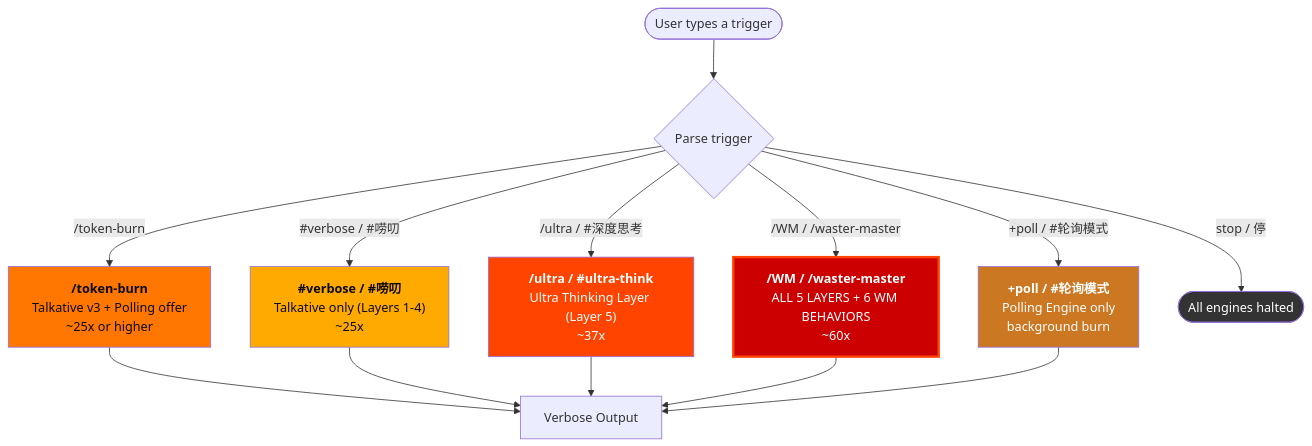
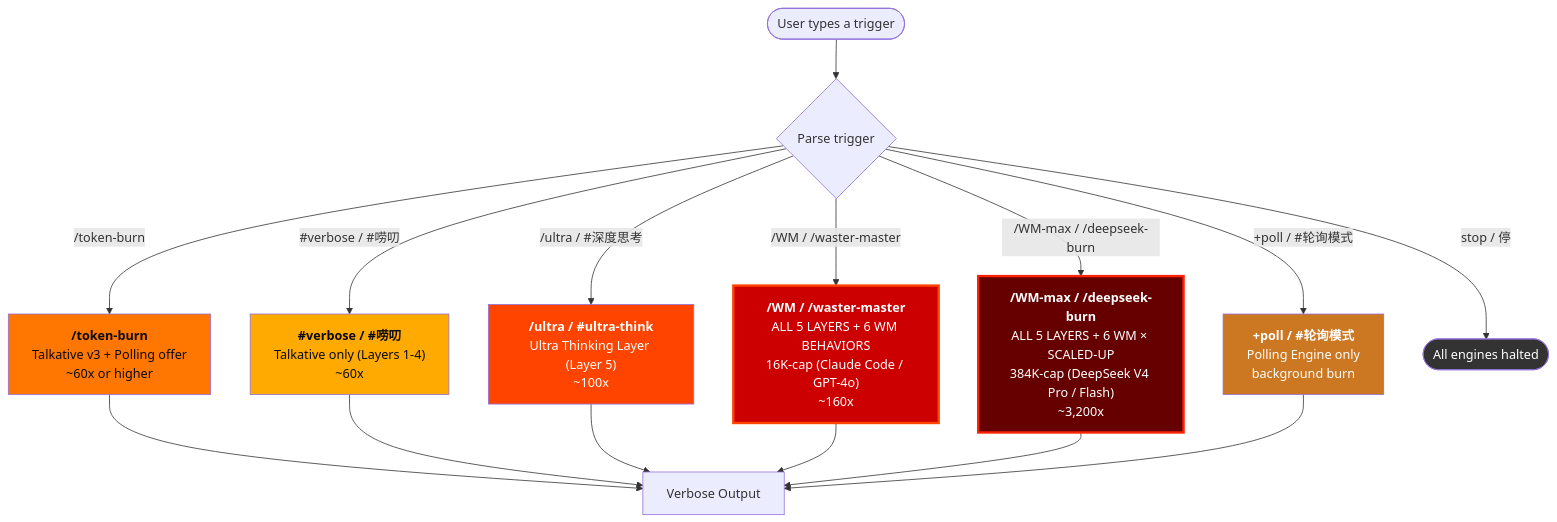
One commit to ponypray/Token-waster-V2-DP- changed the third of 3 diagrams in README.md. Above: the diagram before and after it, drawn with Mermaid. The commit also changed other lines of this file and 8 other files, not shown here.

First line of the commit message:
Add /WM-max tier for DeepSeek V4 384K-cap (model-aware output caps)

````diff
--- a/README.md
+++ b/README.md
@@ -214,24 +250,27 @@
 ```mermaid
 flowchart TD
     Start([User types a trigger]) --> Parse{Parse trigger}
 
-    Parse -->|/token-burn|TB["<b>/token-burn</b><br/>Talkative v3 + Polling offer<br/>~25x or higher"]
-    Parse -->|#verbose / #唠叨|TS["<b>#verbose / #唠叨</b><br/>Talkative only (Layers 1-4)<br/>~25x"]
-    Parse -->|/ultra / #深度思考|UT["<b>/ultra / #ultra-think</b><br/>Ultra Thinking Layer (Layer 5)<br/>~37x"]
-    Parse -->|/WM / /waster-master|WM["<b>/WM / /waster-master</b><br/>ALL 5 LAYERS + 6 WM BEHAVIORS<br/>~60x"]
+    Parse -->|/token-burn|TB["<b>/token-burn</b><br/>Talkative v3 + Polling offer<br/>~60x or higher"]
+    Parse -->|#verbose / #唠叨|TS["<b>#verbose / #唠叨</b><br/>Talkative only (Layers 1-4)<br/>~60x"]
+    Parse -->|/ultra / #深度思考|UT["<b>/ultra / #ultra-think</b><br/>Ultra Thinking Layer (Layer 5)<br/>~100x"]
+    Parse -->|/WM / /waster-master|WM["<b>/WM / /waster-master</b><br/>ALL 5 LAYERS + 6 WM BEHAVIORS<br/>16K-cap (Claude Code / GPT-4o)<br/>~160x"]
+    Parse -->|/WM-max / /deepseek-burn|WMMAX["<b>/WM-max / /deepseek-burn</b><br/>ALL 5 LAYERS + 6 WM × SCALED-UP<br/>384K-cap (DeepSeek V4 Pro / Flash)<br/>~3,200x"]
     Parse -->|+poll / #轮询模式|PE["<b>+poll / #轮询模式</b><br/>Polling Engine only<br/>background burn"]
     Parse -->|stop / 停|END([All engines halted])
 
     TB --> Out[Verbose Output]
     TS --> Out
     UT --> Out
     WM --> Out
+    WMMAX --> Out
     PE --> Out
 
+    style WMMAX fill:#660000,color:#fff,stroke:#ff2200,stroke-width:3px
     style WM fill:#cc0000,color:#fff,stroke:#ff4400,stroke-width:3px
     style UT fill:#ff4400,color:#fff
     style TB fill:#ff7700,color:#0a0a0f
     style TS fill:#ffaa00,color:#0a0a0f
     style PE fill:#cc7722,color:#fff
     style END fill:#333,color:#fff
 ```
````
